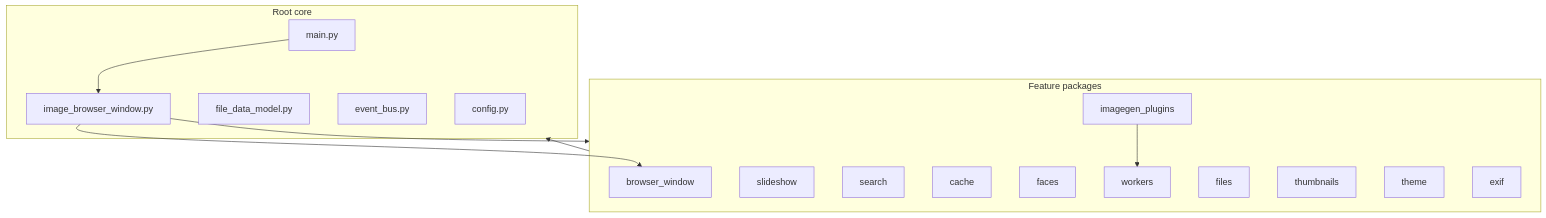
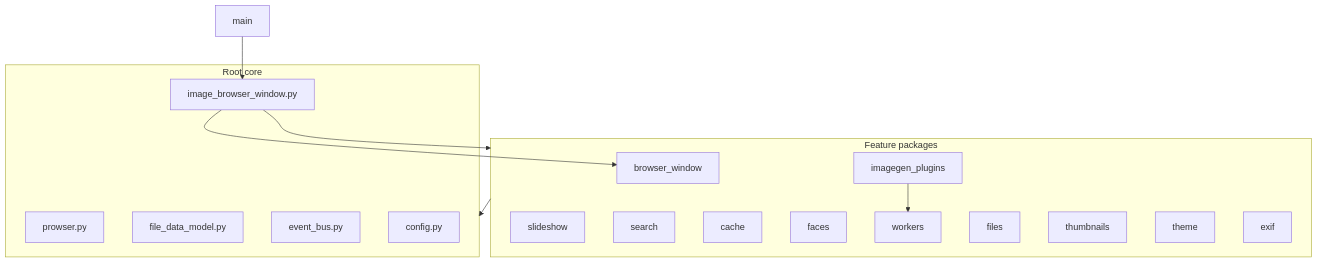
Before and after one commit to Waltz49/Prowser: the diagram in .cursor/plans/codebase_restructure_plan_e64ed278.plan.md, drawn with Mermaid. The commit also changed other lines of this file and 24 other files, not shown here.

Commit message:
rename main.py to prowser.py

````diff
--- a/.cursor/plans/codebase_restructure_plan_e64ed278.plan.md
+++ b/.cursor/plans/codebase_restructure_plan_e64ed278.plan.md
@@ -65,28 +65,28 @@
 ```mermaid
 flowchart TB
   subgraph core [Root core]
-    main[main.py]
+    prowser[prowser.py]
     ibw[image_browser_window.py]
     model[file_data_model.py]
     bus[event_bus.py]
     config[config.py]
   end
   subgraph packages [Feature packages]
     bw[browser_window]
     ig[imagegen_plugins]
     ss[slideshow]
     search[search]
     cache[cache]
     faces[faces]
     workers[workers]
     files_pkg[files]
     thumbs[thumbnails]
     theme[theme]
     exif_pkg[exif]
   end
   main --> ibw
   ibw --> bw
   ibw --> packages
   packages --> core
   ig --> workers
 ```
````
